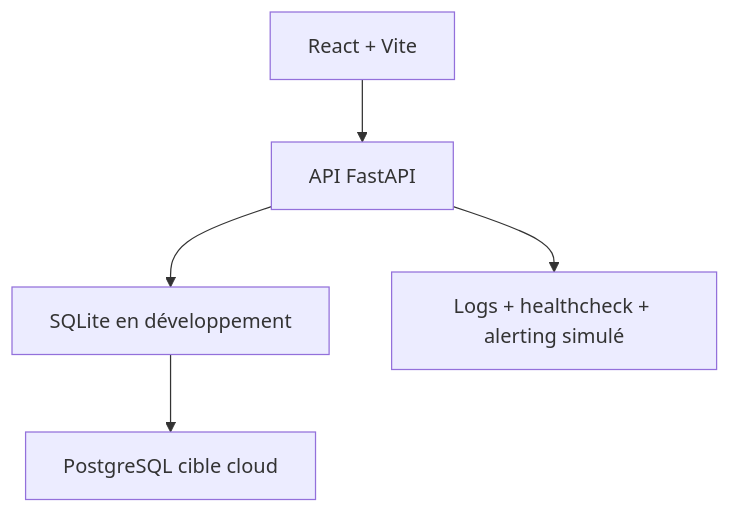
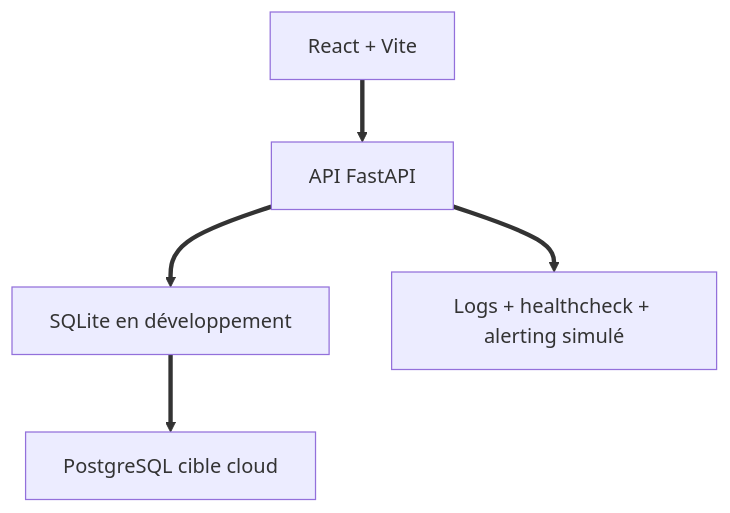
The diagram in README.md (DarkSputnik/Mmotors_bloc-3_juin_2026), drawn with Mermaid before and after one commit. The commit also changed other lines of this file, not shown here.

````diff
--- a/README.md
+++ b/README.md
@@ -50,7 +47,7 @@
 ```mermaid
 flowchart TD
-    A["React + Vite"] --> B["API FastAPI"]
-    B --> C["SQLite en développement"]
-    C --> D["PostgreSQL cible cloud"]
-    B --> E["Logs + healthcheck + alerting simulé"]
+    A["React + Vite"] ==> B["API FastAPI"]
+    B ==> C["SQLite en développement"]
+    C ==> D["PostgreSQL cible cloud"]
+    B ==> E["Logs + healthcheck + alerting simulé"]
 ```
````
